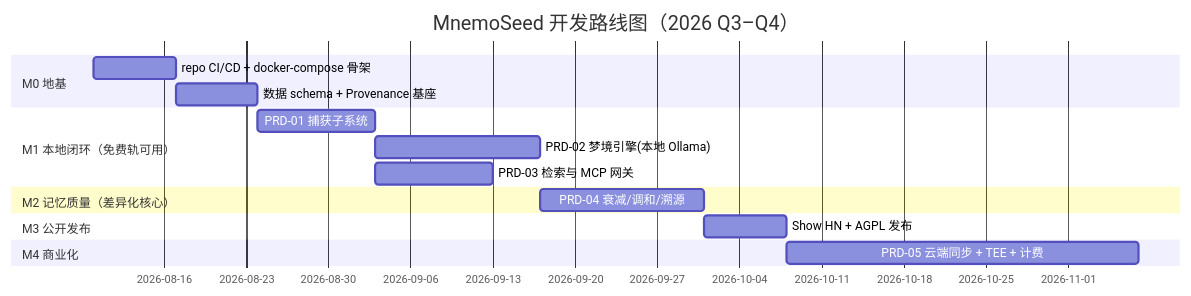
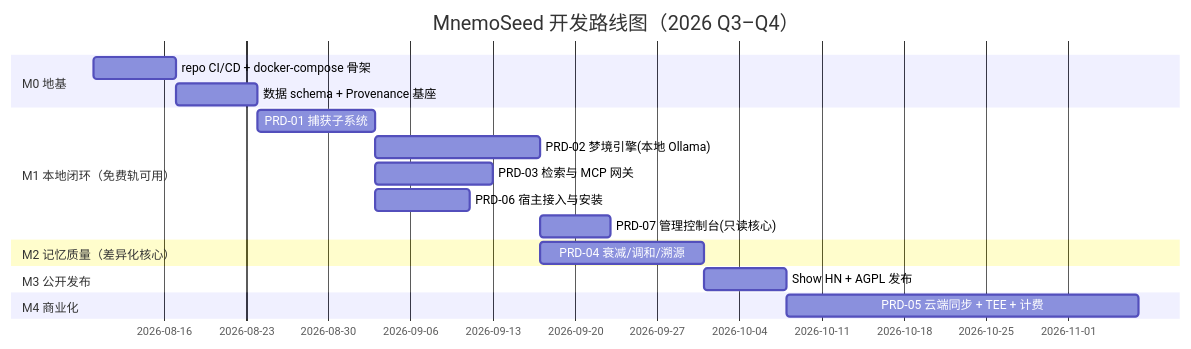
One commit to MnemoSeed/mnemoseed changed the diagram in docs/prd/PRD-00-路线图.md. Above: the diagram before and after it, drawn with Mermaid. The commit also changed other lines of this file and 6 other files, not shown here.

Commit message:
docs: profile 凭证身份模型定稿（design/06 §2.5 login/link/token，daemon 只验证不推断）；新增 design/07 管理控制台 + PRD-07；存储层升级 ports&adapters 可插拔架构（design/03 §1，M0 接口+双驱动）；PRD-00 路线图补 PRD-06/07 与 M0 出口标准

````diff
--- a/docs/prd/PRD-00-路线图.md
+++ b/docs/prd/PRD-00-路线图.md
@@ -8,18 +8,20 @@
 ```mermaid
 gantt
     title MnemoSeed 开发路线图（2026 Q3–Q4）
     dateFormat  YYYY-MM-DD
     section M0 地基
     repo CI/CD + docker-compose 骨架        :m0a, 2026-08-10, 7d
     数据 schema + Provenance 基座            :m0b, after m0a, 7d
     section M1 本地闭环（免费轨可用）
     PRD-01 捕获子系统                        :m1a, after m0b, 10d
     PRD-02 梦境引擎(本地 Ollama)             :m1b, after m1a, 14d
     PRD-03 检索与 MCP 网关                   :m1c, after m1a, 10d
+    PRD-06 宿主接入与安装                    :m1d, after m1a, 8d
+    PRD-07 管理控制台(只读核心)              :m1e, after m1b, 6d
     section M2 记忆质量（差异化核心）
     PRD-04 衰减/调和/溯源                    :m2a, after m1b, 14d
     section M3 公开发布
     Show HN + AGPL 发布                      :m3a, after m2a, 7d
     section M4 商业化
     PRD-05 云端同步 + TEE + 计费             :m4a, after m3a, 30d
 ```
````
